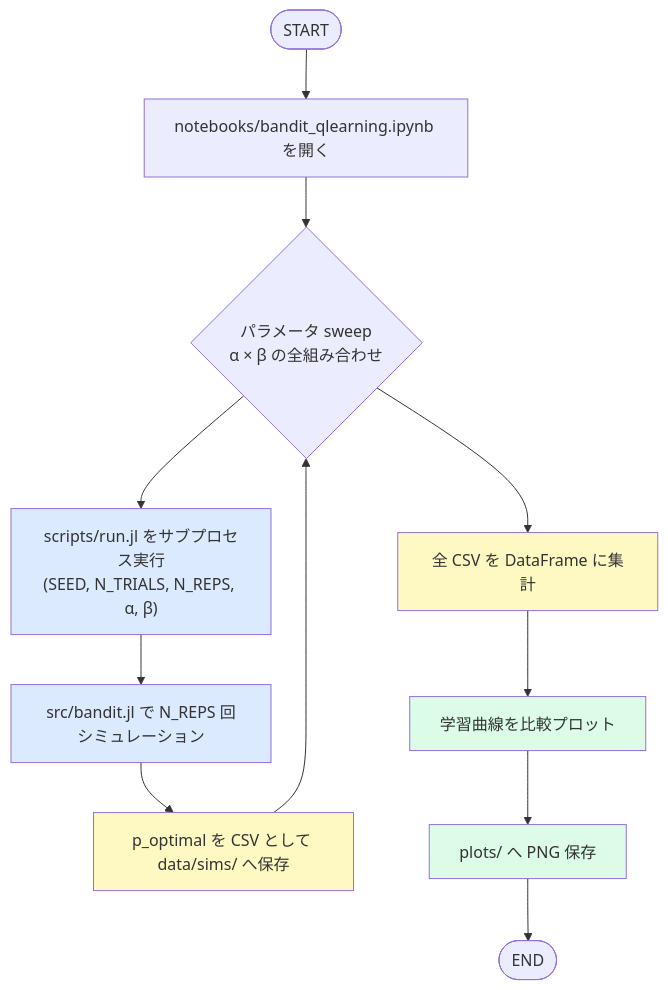
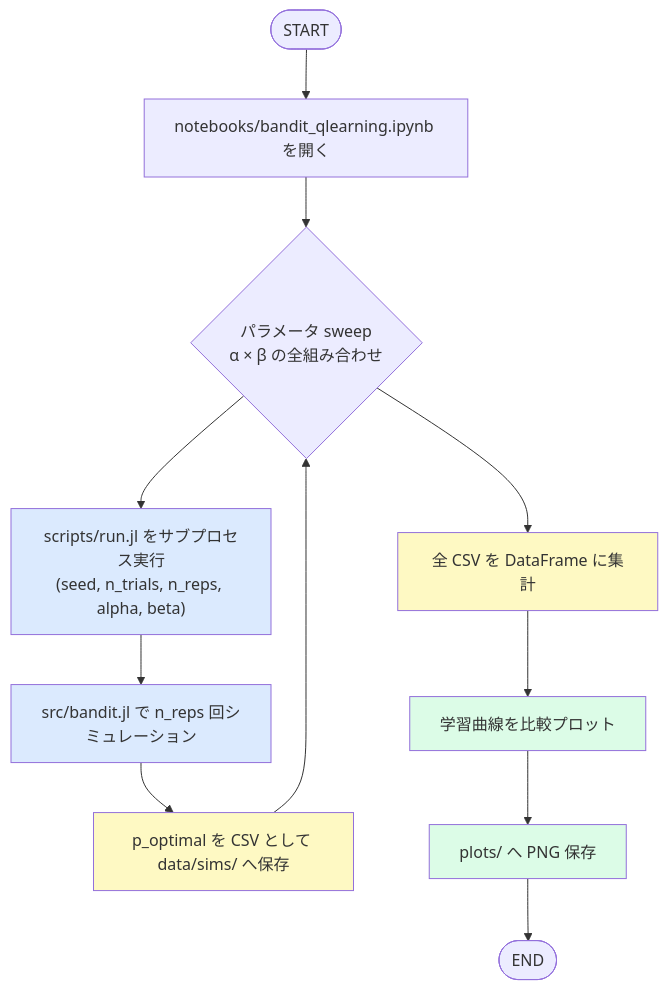
Before and after one commit to oyo-k/BanditTutorial: the first of 2 diagrams in README.md, drawn with Mermaid. The commit also changed other lines of this file and 2 other files, not shown here.

First line of the commit message:
notebook・run.jl・README を整備

````diff
--- a/README.md
+++ b/README.md
@@ -22,20 +22,20 @@
 ```mermaid
 flowchart TD
     A([START]) --> B[notebooks/bandit_qlearning.ipynb を開く]
     B --> C{パラメータ sweep<br/>α × β の全組み合わせ}
-    C --> D["scripts/run.jl をサブプロセス実行<br/>(SEED, N_TRIALS, N_REPS, α, β)"]
-    D --> E[src/bandit.jl で N_REPS 回シミュレーション]
+    C --> D["scripts/run.jl をサブプロセス実行<br/>(seed, n_trials, n_reps, alpha, beta)"]
+    D --> E[src/bandit.jl で n_reps 回シミュレーション]
     E --> F[p_optimal を CSV として data/sims/ へ保存]
     F --> C
     C --> G[全 CSV を DataFrame に集計]
     G --> H[学習曲線を比較プロット]
     H --> I[plots/ へ PNG 保存]
     I --> Z([END])
 
     style D fill:#dbeafe
     style E fill:#dbeafe
     style F fill:#fef9c3
     style G fill:#fef9c3
     style H fill:#dcfce7
     style I fill:#dcfce7
 ```
````
